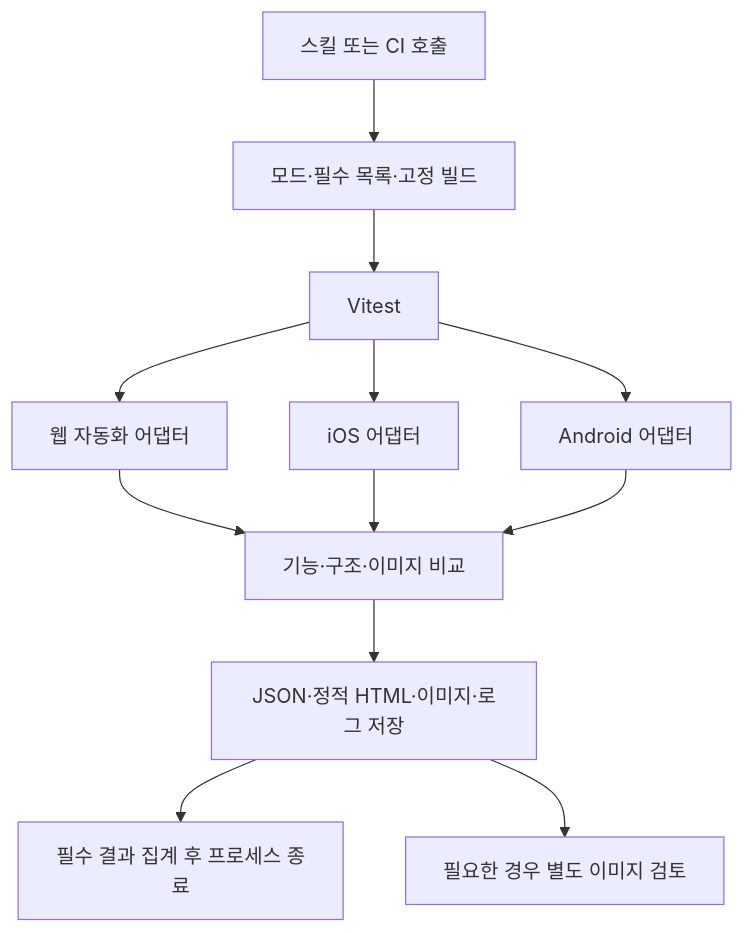
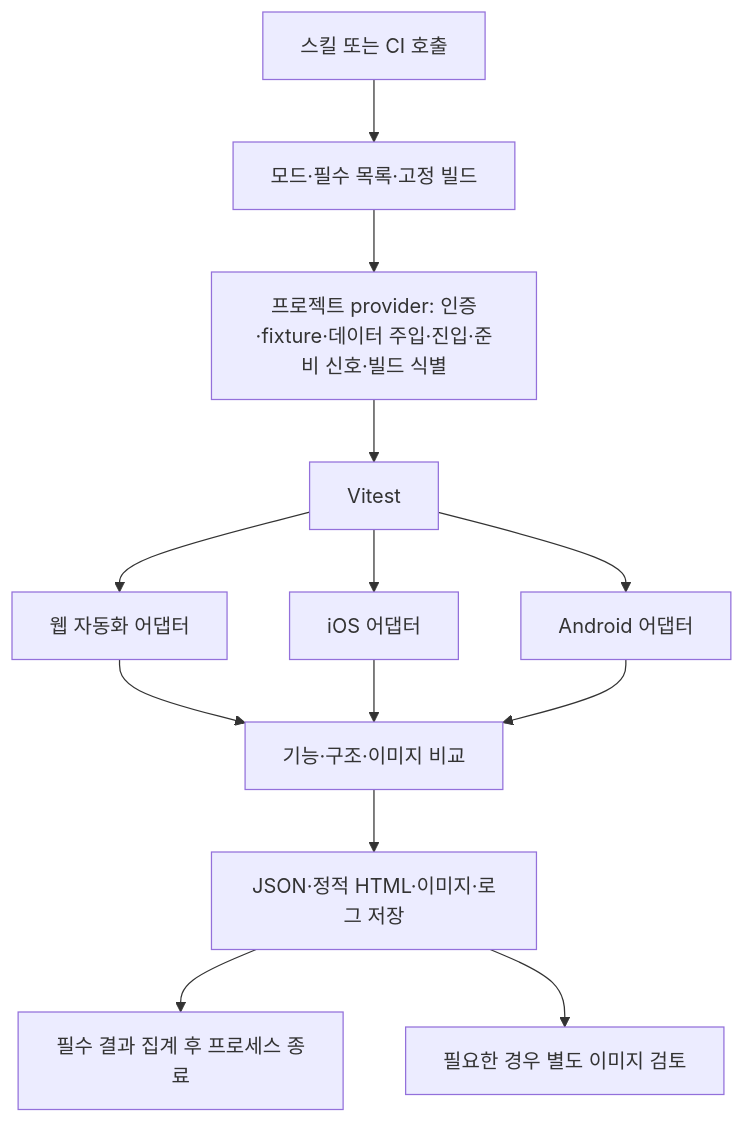
The first of 2 diagrams in docs/visual-regression-skill-plan.md (HyeokE/Retina), drawn with Mermaid before and after one commit. The commit also changed other lines of this file and 3 other files, not shown here.

````diff
--- a/docs/visual-regression-skill-plan.md
+++ b/docs/visual-regression-skill-plan.md
@@ -86,14 +121,15 @@
 ```mermaid
 flowchart TD
     A[스킬 또는 CI 호출] --> B[모드·필수 목록·고정 빌드]
-    B --> V[Vitest]
+    B --> P[프로젝트 provider: 인증·fixture·데이터 주입·진입·준비 신호·빌드 식별]
+    P --> V[Vitest]
     V --> W[웹 자동화 어댑터]
     V --> I[iOS 어댑터]
     V --> D[Android 어댑터]
     W --> R[기능·구조·이미지 비교]
     I --> R
     D --> R
     R --> O[JSON·정적 HTML·이미지·로그 저장]
     O --> G[필수 결과 집계 후 프로세스 종료]
     O --> H[필요한 경우 별도 이미지 검토]
 ```
````
